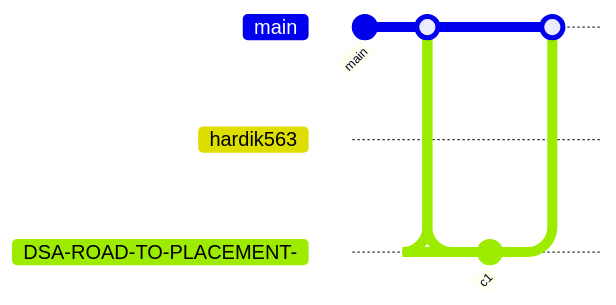
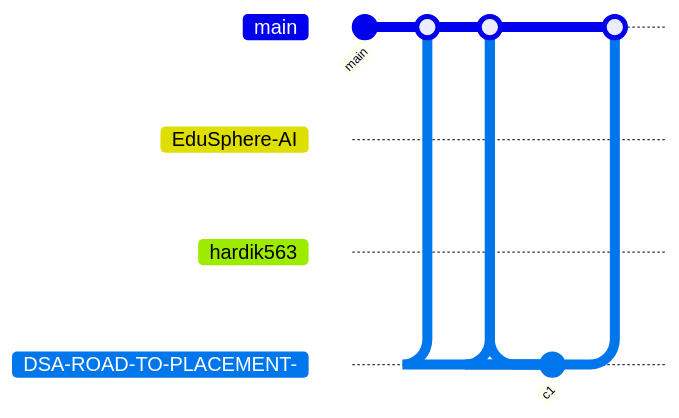
Before and after one commit to hardik563/hardik563: the diagram in README.md, drawn with Mermaid. The commit also changed other lines of this file, not shown here.

Commit message:
chore(readme): refresh (full)

````diff
--- a/README.md
+++ b/README.md
@@ -344,14 +344,19 @@
 ```mermaid
 gitGraph
    commit id: "main"
+   branch EduSphere-AI
+   checkout EduSphere-AI
+   commit id: "c1"
+   checkout main
+   merge EduSphere-AI
    branch hardik563
    checkout hardik563
    commit id: "c1"
    checkout main
    merge hardik563
    branch DSA-ROAD-TO-PLACEMENT-
    checkout DSA-ROAD-TO-PLACEMENT-
    commit id: "c1"
    checkout main
    merge DSA-ROAD-TO-PLACEMENT-
 ```
````
